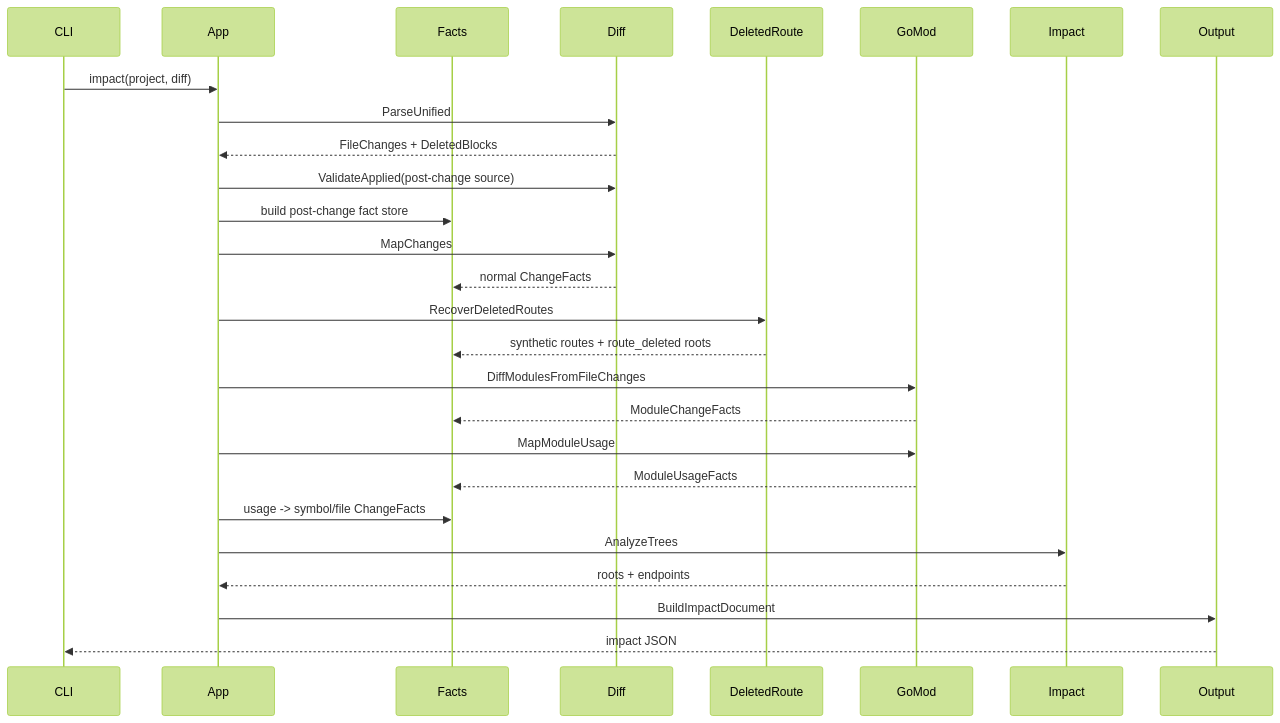
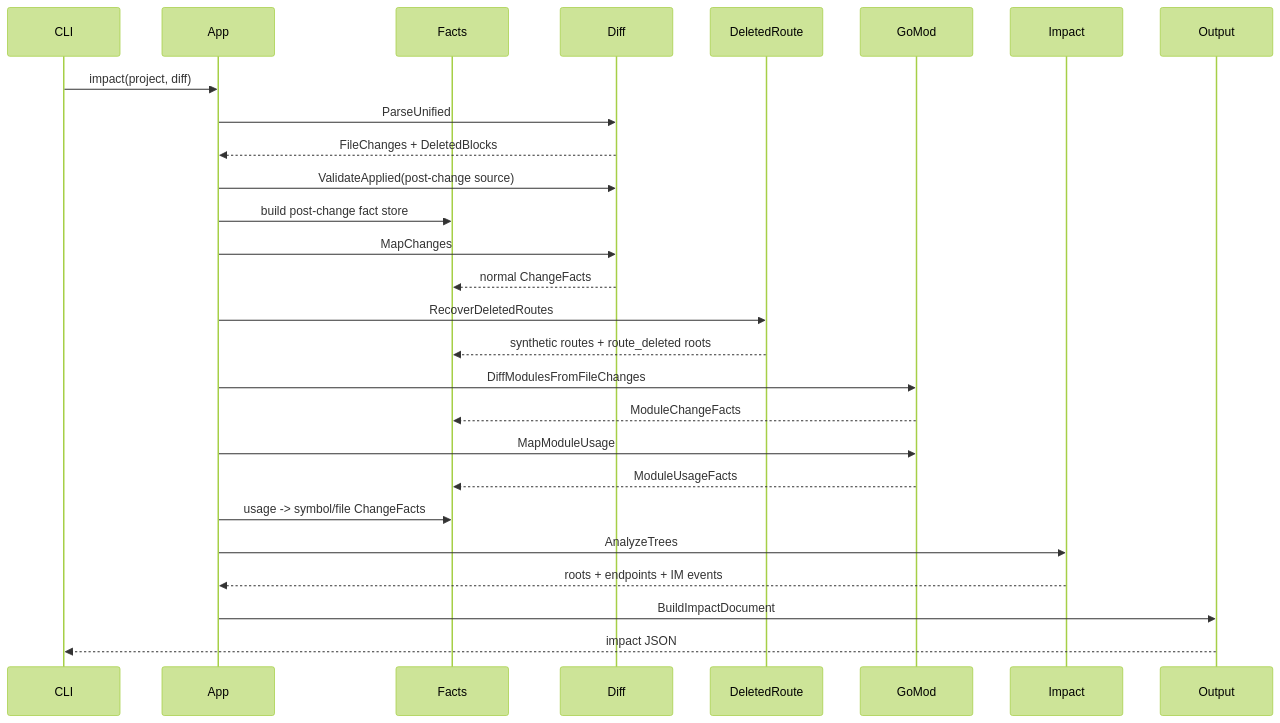
One commit to Flying-Bird1999/go-analyzer changed the fifth of 5 diagrams in ARCHITECTURE.md. Above: the diagram before and after it, drawn with Mermaid (forest theme). The commit also changed other lines of this file and 3 other files, not shown here.

````diff
--- a/ARCHITECTURE.md
+++ b/ARCHITECTURE.md
@@ -834,30 +876,30 @@
 ```mermaid
 sequenceDiagram
     participant CLI
     participant App
     participant Facts
     participant Diff
     participant DeletedRoute
     participant GoMod
     participant Impact
     participant Output
 
     CLI->>App: impact(project, diff)
     App->>Diff: ParseUnified
     Diff-->>App: FileChanges + DeletedBlocks
     App->>Diff: ValidateApplied(post-change source)
     App->>Facts: build post-change fact store
     App->>Diff: MapChanges
     Diff-->>Facts: normal ChangeFacts
     App->>DeletedRoute: RecoverDeletedRoutes
     DeletedRoute-->>Facts: synthetic routes + route_deleted roots
     App->>GoMod: DiffModulesFromFileChanges
     GoMod-->>Facts: ModuleChangeFacts
     App->>GoMod: MapModuleUsage
     GoMod-->>Facts: ModuleUsageFacts
     App->>Facts: usage -> symbol/file ChangeFacts
     App->>Impact: AnalyzeTrees
-    Impact-->>App: roots + endpoints
+    Impact-->>App: roots + endpoints + IM events
     App->>Output: BuildImpactDocument
     Output-->>CLI: impact JSON
 ```
````
